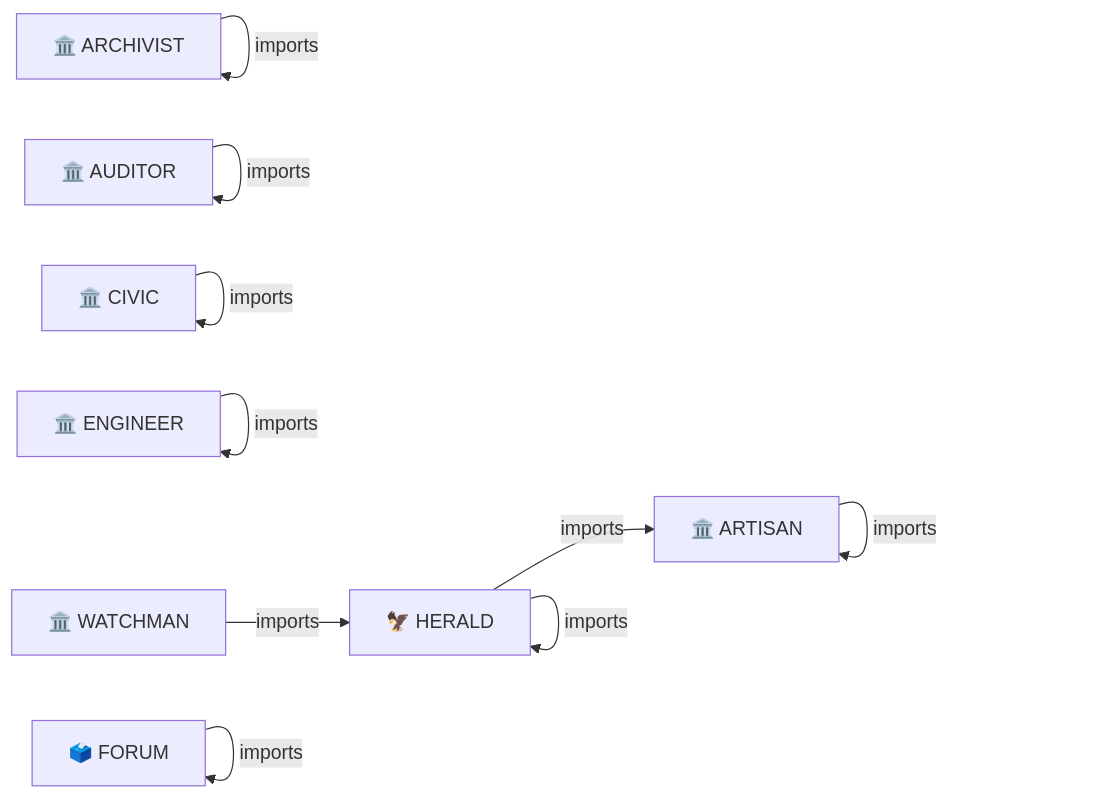
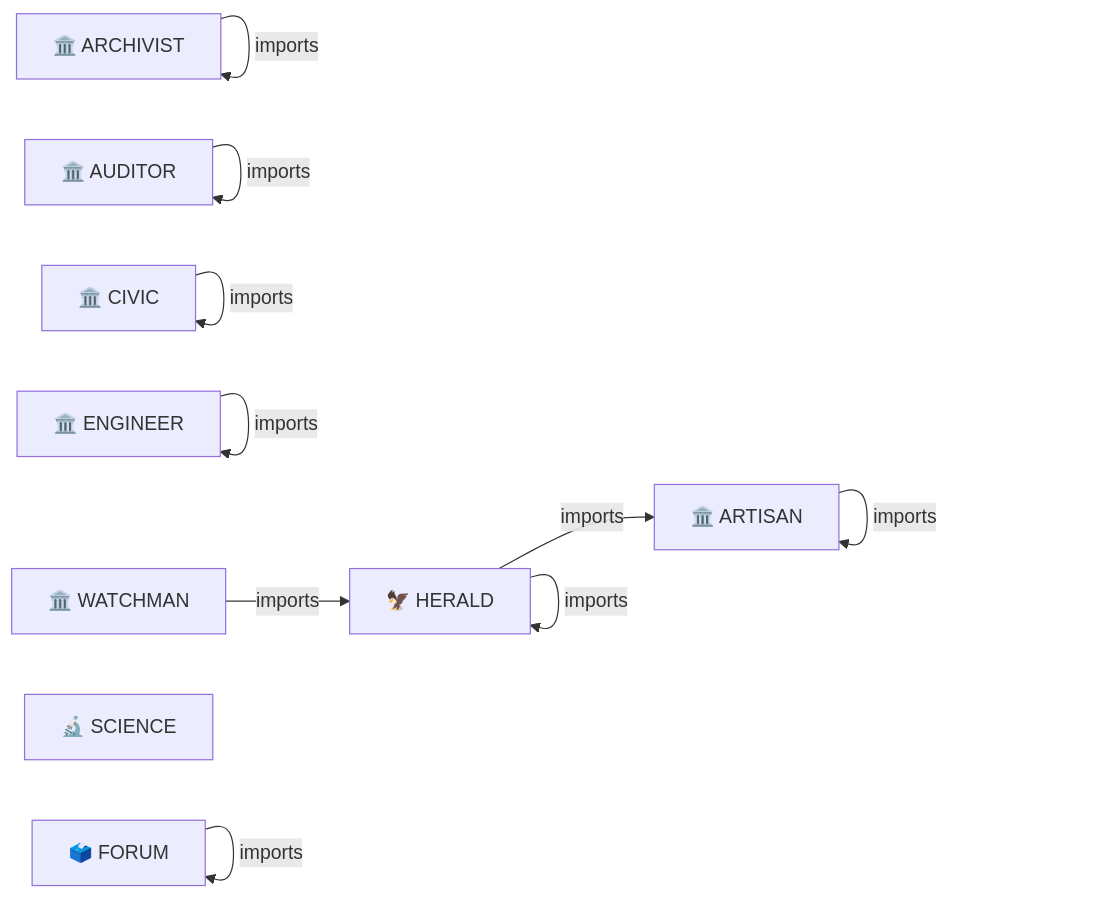
The second of 2 diagrams in CITYMAP.md (kimeisele/steward-protocol), drawn with Mermaid before and after one commit. The commit also changed other lines of this file and 4 other files, not shown here.

````diff
--- a/CITYMAP.md
+++ b/CITYMAP.md
@@ -82,20 +87,21 @@
 ```mermaid
 graph LR
     archivist["🏛️ ARCHIVIST"];
     artisan["🏛️ ARTISAN"];
     auditor["🏛️ AUDITOR"];
     civic["🏛️ CIVIC"];
     engineer["🏛️ ENGINEER"];
     forum["🗳️ FORUM"];
     herald["🦅 HERALD"];
+    science["🔬 SCIENCE"];
     watchman["🏛️ WATCHMAN"];
     archivist -->|imports| archivist;
     artisan -->|imports| artisan;
     auditor -->|imports| auditor;
     civic -->|imports| civic;
     engineer -->|imports| engineer;
     forum -->|imports| forum;
     herald -->|imports| artisan;
     herald -->|imports| herald;
     watchman -->|imports| herald;
 ```
````
